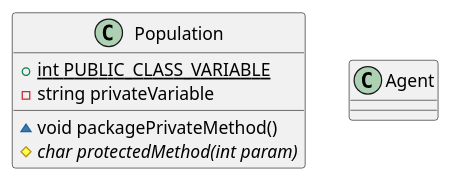
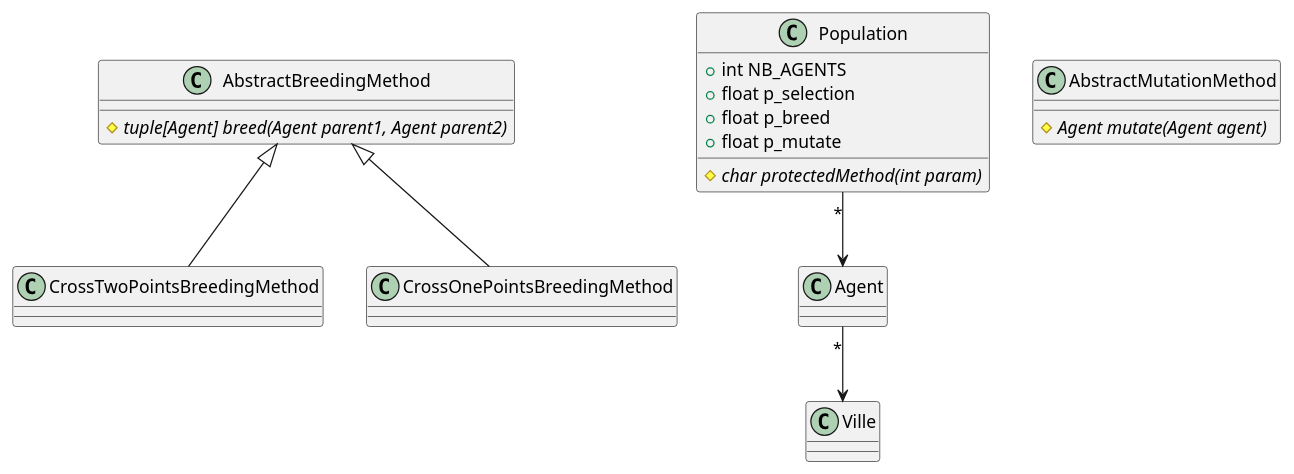
The diagram in docs/class_diagram.puml (manuvai/TSPV3), drawn with PlantUML before and after one commit. The commit also changed 7 other files, not shown here.

```diff
--- a/docs/class_diagram.puml
+++ b/docs/class_diagram.puml
@@ -1,17 +1,41 @@
 @startuml
 
-class Population {
-    +{static} int PUBLIC_CLASS_VARIABLE
-    -string privateVariable
-    ~void packagePrivateMethod()
+class "Population" as pop {
+    +int NB_AGENTS
+    +float p_selection
+    +float p_breed
+    +float p_mutate
     #{abstract} char protectedMethod(int param)
+}
+
+class "AbstractBreedingMethod" as abm {
+    #{abstract} tuple[Agent] breed(Agent parent1, Agent parent2)
+}
+
+class "CrossTwoPointsBreedingMethod" as ctpbm {
+    
+}
+
+class "CrossOnePointsBreedingMethod" as copbm {
+
+}
+
+class "AbstractMutationMethod" as amm {
+    #{abstract} Agent mutate(Agent agent)
 }
 
 class Agent {
 
 }
 
+class Ville {
 
+}
 
+ctpbm -up-|> abm
+copbm -up-|> abm
+
+pop "*" --> Agent
+Agent "*" --> Ville
 
 @enduml
```
